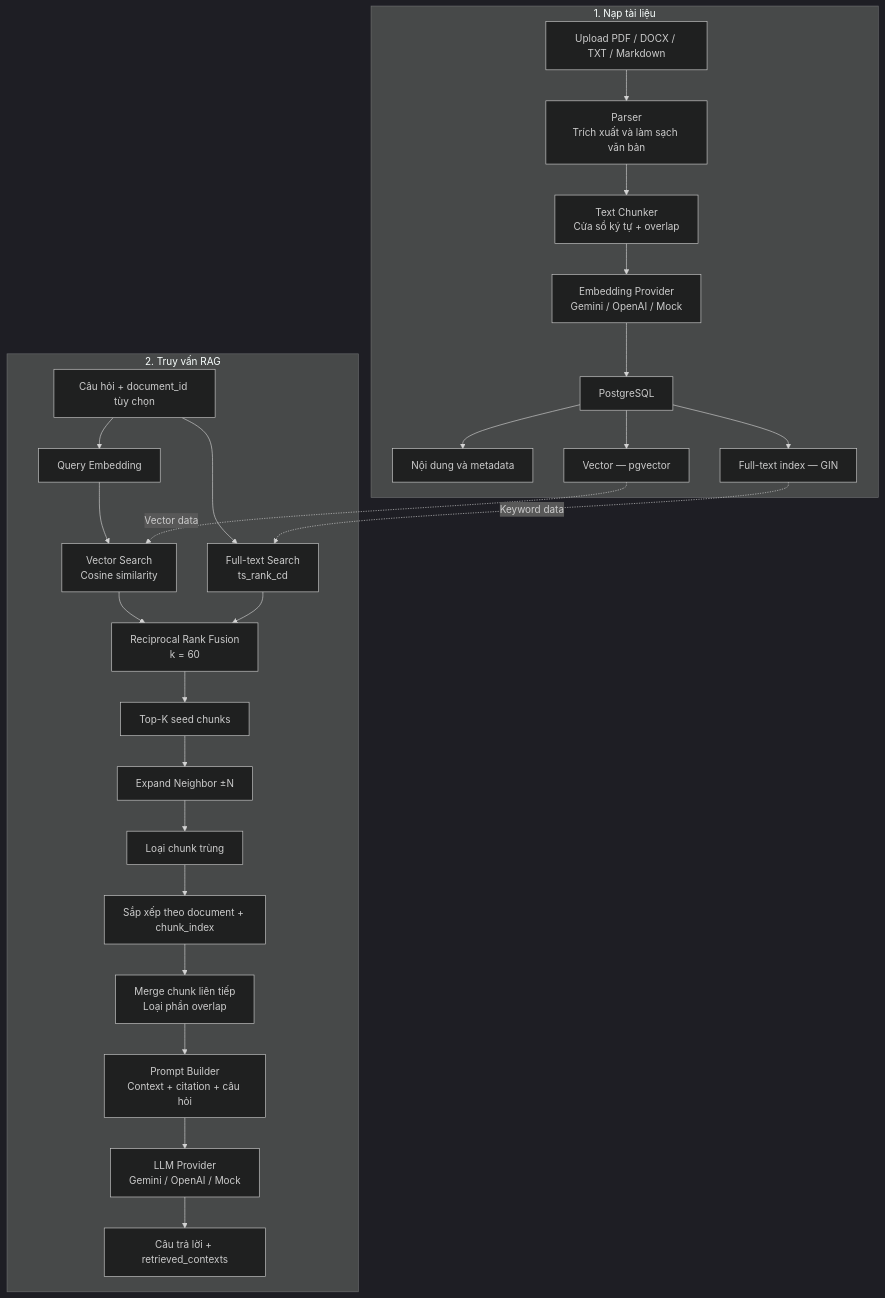
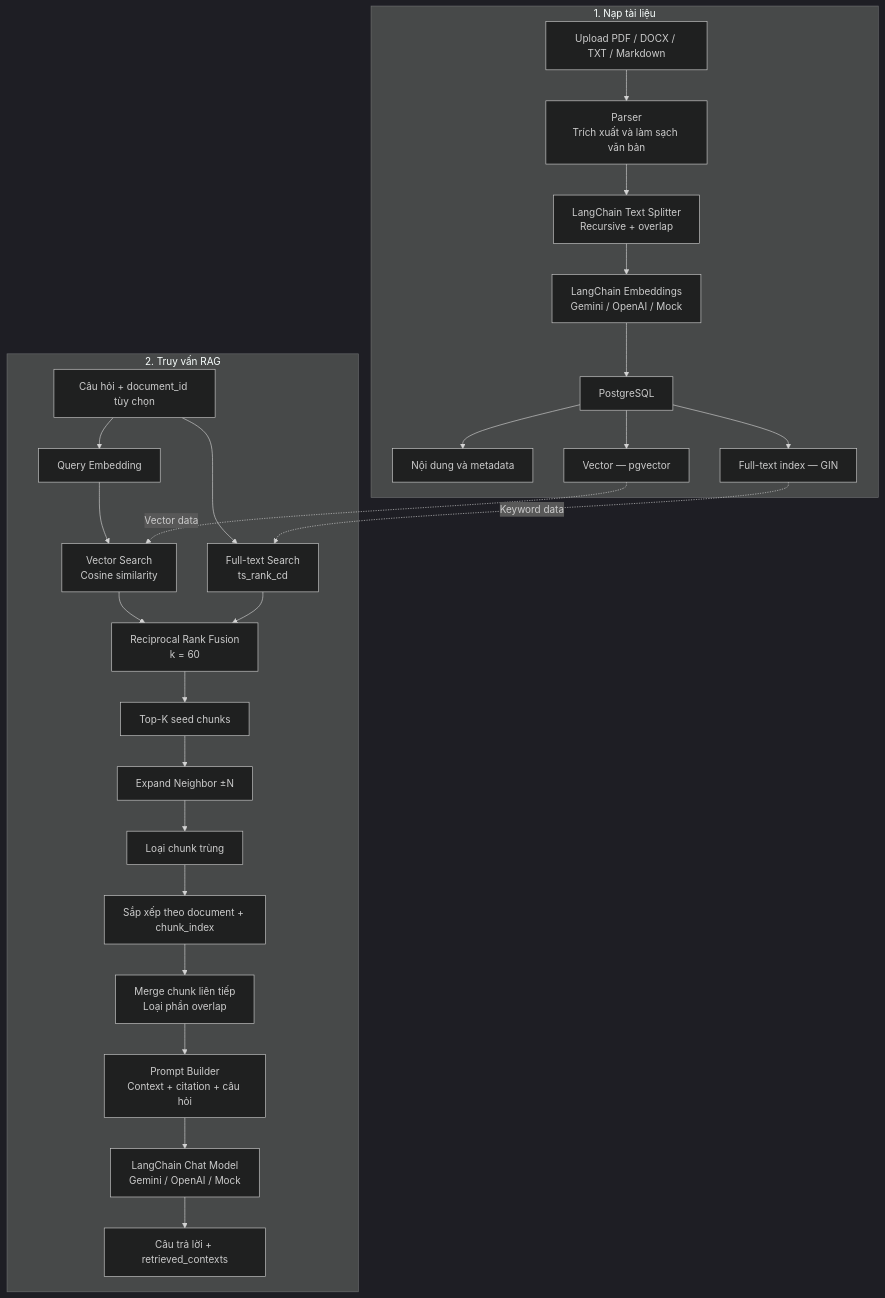
The third of 7 diagrams in docs/RAG_Architecture_Design.md (NDQuynh259/ragflow-api), drawn with Mermaid (dark theme) before and after one commit. The commit also changed other lines of this file and 12 other files, not shown here.

Commit message:
feat: Enhance embedding service with retry logic and update architecture documentation

````diff
--- a/docs/RAG_Architecture_Design.md
+++ b/docs/RAG_Architecture_Design.md
@@ -118,31 +118,31 @@
 ```mermaid
 flowchart TD
     subgraph INGEST["1. Nạp tài liệu"]
         A["Upload PDF / DOCX / TXT / Markdown"] --> B["Parser<br/>Trích xuất và làm sạch văn bản"]
-        B --> C["Text Chunker<br/>Cửa sổ ký tự + overlap"]
-        C --> D["Embedding Provider<br/>Gemini / OpenAI / Mock"]
+        B --> C["LangChain Text Splitter<br/>Recursive + overlap"]
+        C --> D["LangChain Embeddings<br/>Gemini / OpenAI / Mock"]
         D --> E["PostgreSQL"]
         E --> E1["Nội dung và metadata"]
         E --> E2["Vector — pgvector"]
         E --> E3["Full-text index — GIN"]
     end
 
     subgraph QUERY["2. Truy vấn RAG"]
         Q["Câu hỏi + document_id tùy chọn"] --> QE["Query Embedding"]
         QE --> VS["Vector Search<br/>Cosine similarity"]
         Q --> FS["Full-text Search<br/>ts_rank_cd"]
         VS --> RRF["Reciprocal Rank Fusion<br/>k = 60"]
         FS --> RRF
         RRF --> TOP["Top-K seed chunks"]
         TOP --> NB["Expand Neighbor ±N"]
         NB --> DD["Loại chunk trùng"]
         DD --> SORT["Sắp xếp theo document + chunk_index"]
         SORT --> MERGE["Merge chunk liên tiếp<br/>Loại phần overlap"]
         MERGE --> PROMPT["Prompt Builder<br/>Context + citation + câu hỏi"]
-        PROMPT --> LLM["LLM Provider<br/>Gemini / OpenAI / Mock"]
+        PROMPT --> LLM["LangChain Chat Model<br/>Gemini / OpenAI / Mock"]
         LLM --> RES["Câu trả lời + retrieved_contexts"]
     end
 
     E2 -. "Vector data" .-> VS
     E3 -. "Keyword data" .-> FS
 ```
````
